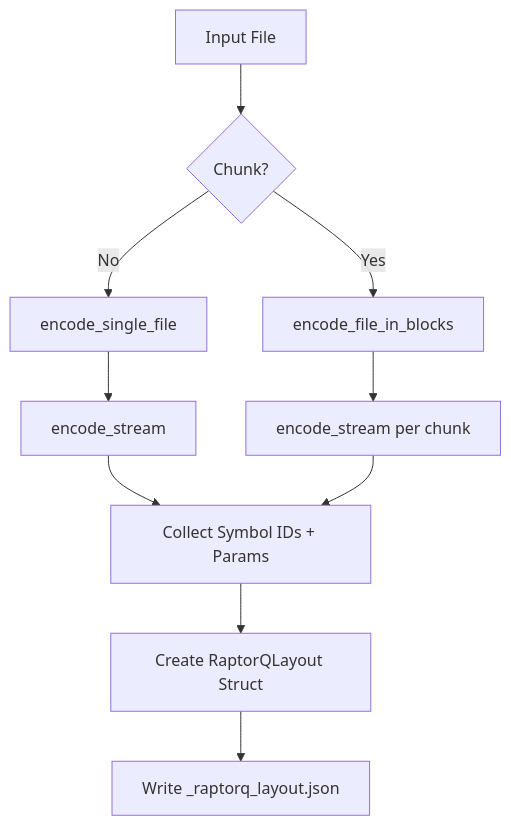
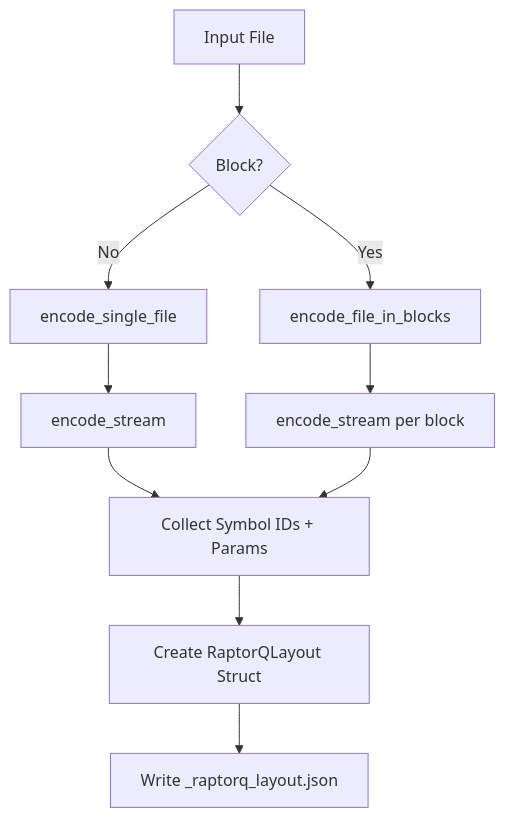
Before and after one commit to LumeraProtocol/rq-library: the first of 2 diagrams in RQ_REDESIGN.md, drawn with Mermaid. The commit also changed other lines of this file and 10 other files, not shown here.

````diff
--- a/RQ_REDESIGN.md
+++ b/RQ_REDESIGN.md
@@ -94,11 +94,11 @@
 ```mermaid
 graph TD
-  A[Input File] --> B{Chunk?}
+  A[Input File] --> B{Block?}
   B -- No --> C[encode_single_file]
   C --> D[encode_stream]
   B -- Yes --> E[encode_file_in_blocks]
-  E --> F[encode_stream per chunk]
+  E --> F[encode_stream per block]
   D & F --> G[Collect Symbol IDs + Params]
   G --> H[Create RaptorQLayout Struct]
   H --> I[Write _raptorq_layout.json]
 ```
````
